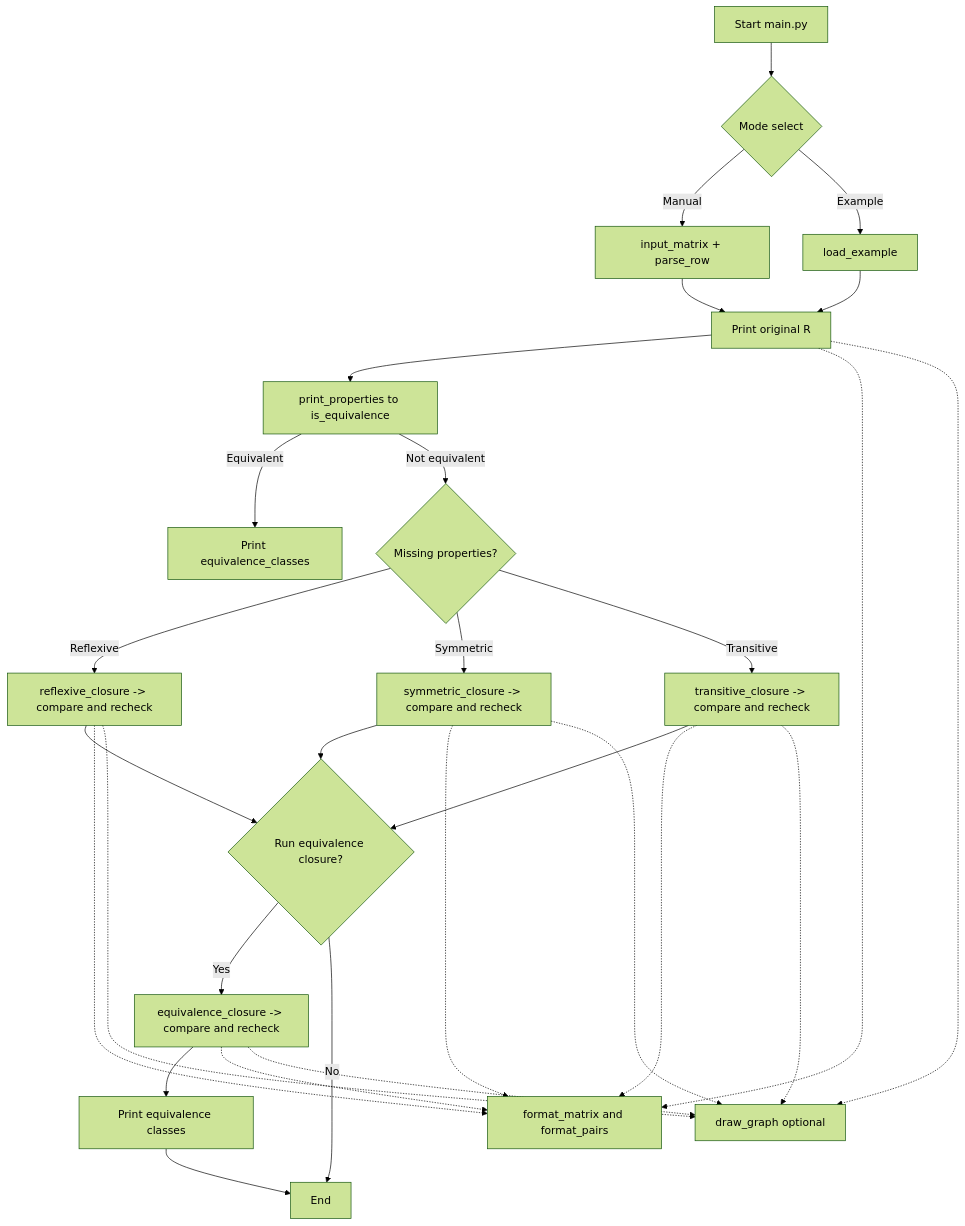
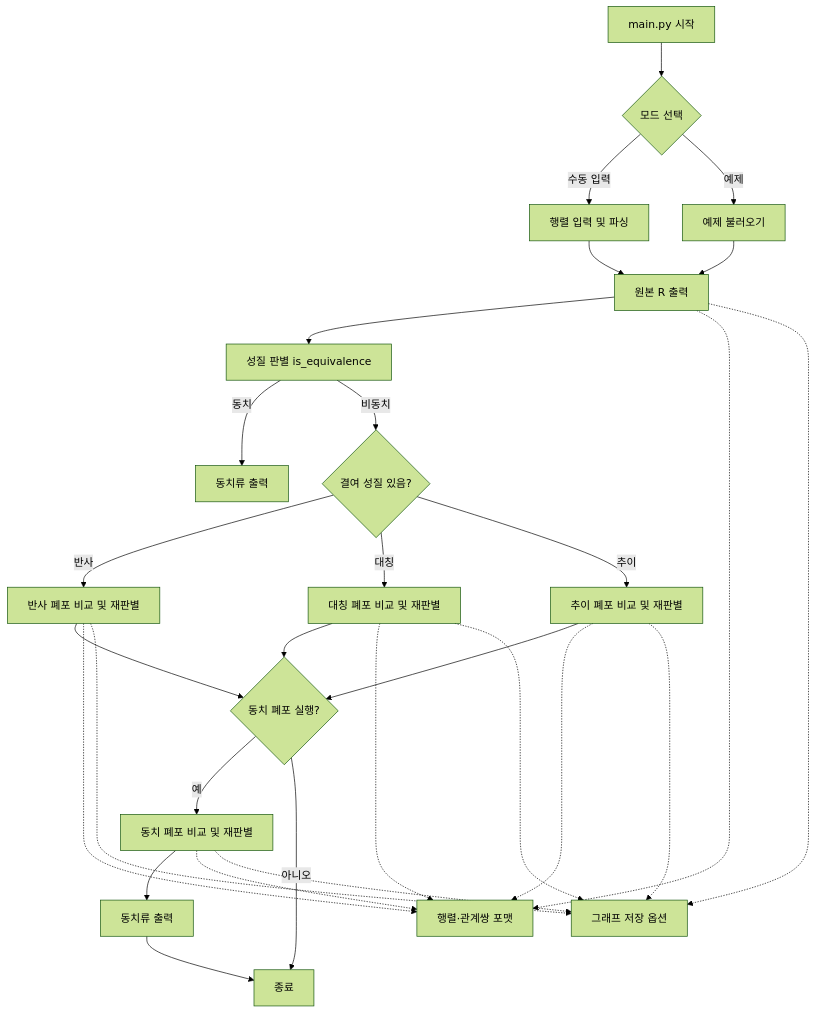
Before and after one commit to mrpc2003/Equivalence-Relationship-Discriminator: the second of 3 diagrams in README.md, drawn with Mermaid (forest theme). The commit also changed other lines of this file, not shown here.

Commit message:
docs: Koreanize Mermaid diagram labels while keeping parser-friendly syntax

````diff
--- a/README.md
+++ b/README.md
@@ -87,38 +87,38 @@
 ```mermaid
 flowchart TD
-  A[Start main.py] --> B{Mode select};
-  B -->|Manual| C[input_matrix + parse_row];
-  B -->|Example| C2[load_example];
+  A[main.py 시작] --> B{모드 선택};
+  B -->|수동 입력| C[행렬 입력 및 파싱];
+  B -->|예제| C2[예제 불러오기];
 
-  C --> D[Print original R];
+  C --> D[원본 R 출력];
   C2 --> D;
 
-  D --> E[print_properties to is_equivalence];
-  E -->|Equivalent| F[Print equivalence_classes];
-  E -->|Not equivalent| G{Missing properties?};
+  D --> E[성질 판별 is_equivalence];
+  E -->|동치| F[동치류 출력];
+  E -->|비동치| G{결여 성질 있음?};
 
-  G -->|Reflexive| H1[reflexive_closure -> compare and recheck];
-  G -->|Symmetric| H2[symmetric_closure -> compare and recheck];
-  G -->|Transitive| H3[transitive_closure -> compare and recheck];
+  G -->|반사| H1[반사 폐포 비교 및 재판별];
+  G -->|대칭| H2[대칭 폐포 비교 및 재판별];
+  G -->|추이| H3[추이 폐포 비교 및 재판별];
 
-  H1 --> I{Run equivalence closure?};
+  H1 --> I{동치 폐포 실행?};
   H2 --> I;
   H3 --> I;
 
-  I -->|Yes| J[equivalence_closure -> compare and recheck];
-  I -->|No| K[End];
+  I -->|예| J[동치 폐포 비교 및 재판별];
+  I -->|아니오| K[종료];
 
-  J --> L[Print equivalence classes];
+  J --> L[동치류 출력];
   L --> K;
 
-  D -.-> M[format_matrix and format_pairs];
+  D -.-> M[행렬·관계쌍 포맷];
   H1 -.-> M;
   H2 -.-> M;
   H3 -.-> M;
   J -.-> M;
-  D -.-> N[draw_graph optional];
+  D -.-> N[그래프 저장 옵션];
   H1 -.-> N;
   H2 -.-> N;
   H3 -.-> N;
   J -.-> N;
 ```
````
